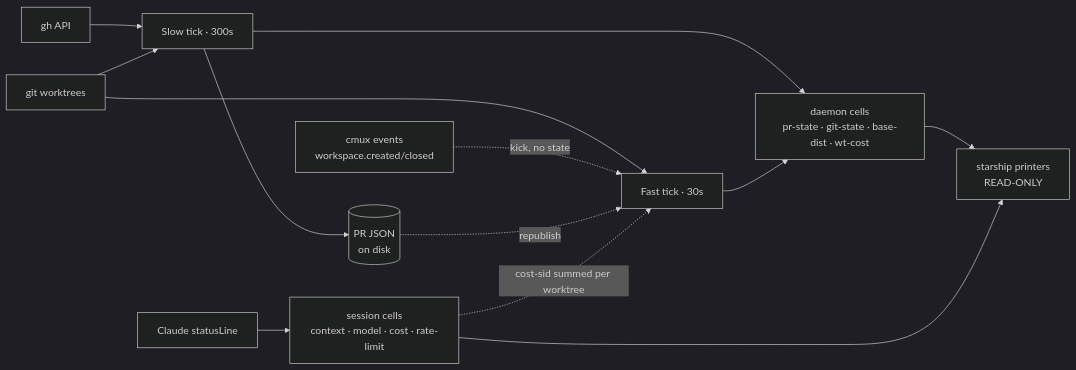
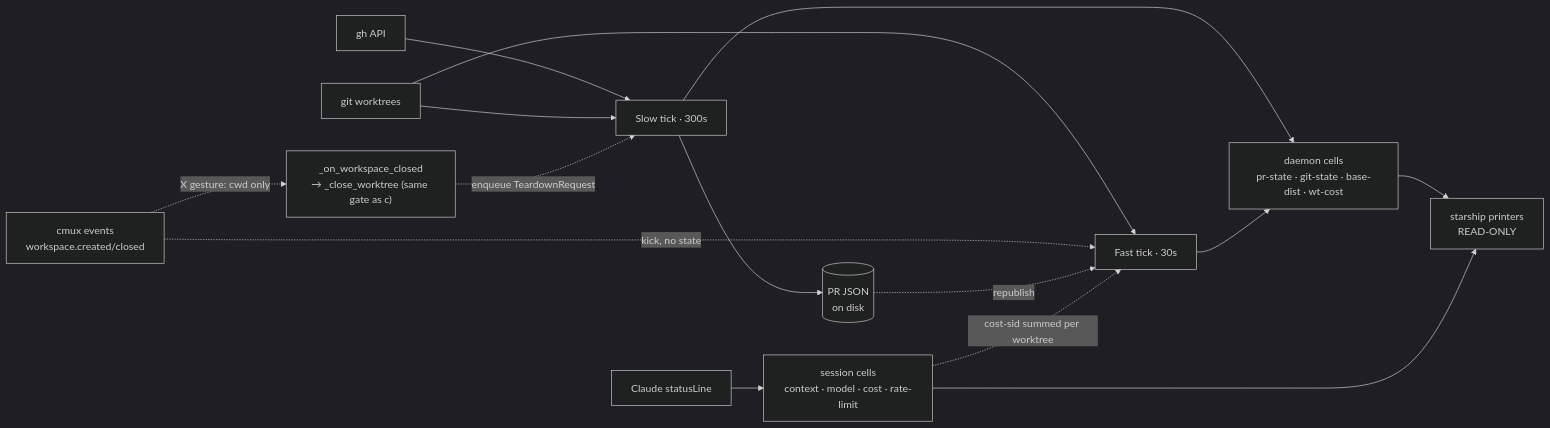
One commit to khivi/cockpit changed the fifth of 5 diagrams in docs/state-machine.md. Above: the diagram before and after it, drawn with Mermaid (dark theme). The commit also changed other lines of this file and 7 other files, not shown here.

First line of the commit message:
feat(tui): close the worktree when the cmux sidebar X is clicked (#360)

````diff
--- a/docs/state-machine.md
+++ b/docs/state-machine.md
@@ -370,19 +370,21 @@
 ```mermaid
 flowchart LR
   GH["gh API"] --> SLOW["Slow tick · 300s"]
   GIT["git worktrees"] --> SLOW
   GIT --> FAST["Fast tick · 30s"]
   EV["cmux events<br/>workspace.created/closed"] -.kick, no state.-> FAST
+  EV -.X gesture: cwd only.-> XCLOSE["_on_workspace_closed<br/>→ _close_worktree (same gate as c)"]
+  XCLOSE -.enqueue TeardownRequest.-> SLOW
 
   SLOW --> DISK[("PR JSON<br/>on disk")]
   DISK -.republish.-> FAST
 
   SLOW --> CELLS["daemon cells<br/>pr-state · git-state · base-dist · wt-cost"]
   FAST --> CELLS
 
   STDIN["Claude statusLine"] --> SESS["session cells<br/>context · model · cost · rate-limit"]
   SESS -.cost-sid summed per worktree.-> FAST
 
   CELLS --> RENDER["starship printers<br/>READ-ONLY"]
   SESS --> RENDER
 ```
````
